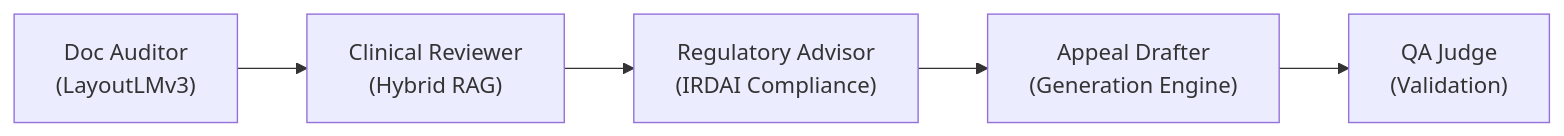
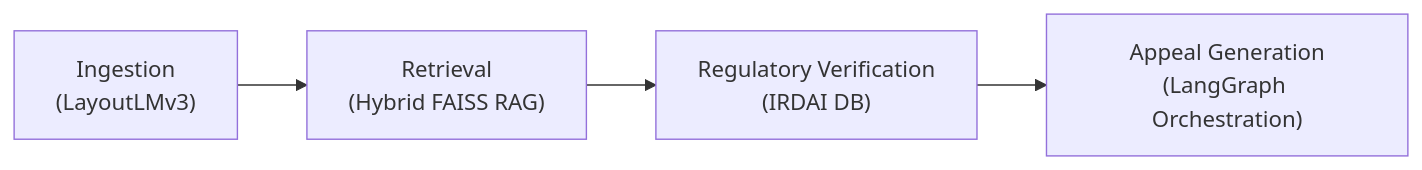
One commit to Viraj281105/Viraj281105 changed the first of 2 diagrams in README.md. Above: the diagram before and after it, drawn with Mermaid. The commit also changed other lines of this file, not shown here.

Commit message:
refactor: simplify README layout and update professional branding

````diff
--- a/README.md
+++ b/README.md
@@ -54,7 +32,6 @@
 ```mermaid
 flowchart LR
-    A["Doc Auditor\n(LayoutLMv3)"] --> B["Clinical Reviewer\n(Hybrid RAG)"]
-    B --> C["Regulatory Advisor\n(IRDAI Compliance)"]
-    C --> D["Appeal Drafter\n(Generation Engine)"]
-    D --> E["QA Judge\n(Validation)"]
+    A["Ingestion\n(LayoutLMv3)"] --> B["Retrieval\n(Hybrid FAISS RAG)"]
+    B --> C["Regulatory Verification\n(IRDAI DB)"]
+    C --> D["Appeal Generation\n(LangGraph Orchestration)"]
 ```
````
